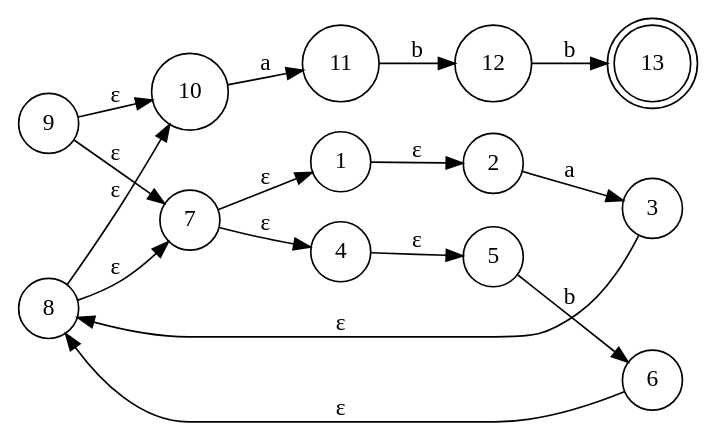
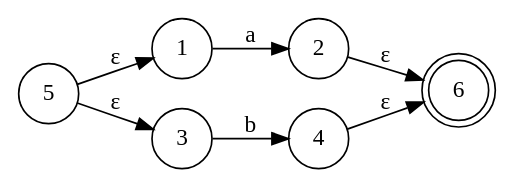
The diagram in fsm.gv (gusta257/Compis1), drawn with Graphviz before and after one commit. The commit also changed 7 other files, not shown here.

```diff
--- a/fsm.gv
+++ b/fsm.gv
@@ -1,33 +1,17 @@
 digraph finite_state_machine {
 	rankdir=LR size="8,5"
 	node [shape=doublecircle]
-	13
+	6
 	node [shape=circle]
-	1 -> 2 [label="ε"]
+	1 -> 2 [label=a]
 	node [shape=circle]
-	2 -> 3 [label=a]
+	2 -> 6 [label="ε"]
 	node [shape=circle]
-	3 -> 8 [label="ε"]
+	3 -> 4 [label=b]
 	node [shape=circle]
-	4 -> 5 [label="ε"]
+	4 -> 6 [label="ε"]
 	node [shape=circle]
-	5 -> 6 [label=b]
-	node [shape=circle]
-	6 -> 8 [label="ε"]
-	node [shape=circle]
-	7 -> 1 [label="ε"]
-	7 -> 4 [label="ε"]
-	node [shape=circle]
-	8 -> 10 [label="ε"]
-	8 -> 7 [label="ε"]
-	node [shape=circle]
-	9 -> 7 [label="ε"]
-	9 -> 10 [label="ε"]
-	node [shape=circle]
-	10 -> 11 [label=a]
-	node [shape=circle]
-	11 -> 12 [label=b]
-	node [shape=circle]
-	12 -> 13 [label=b]
+	5 -> 1 [label="ε"]
+	5 -> 3 [label="ε"]
 	node [shape=circle]
 }
```
